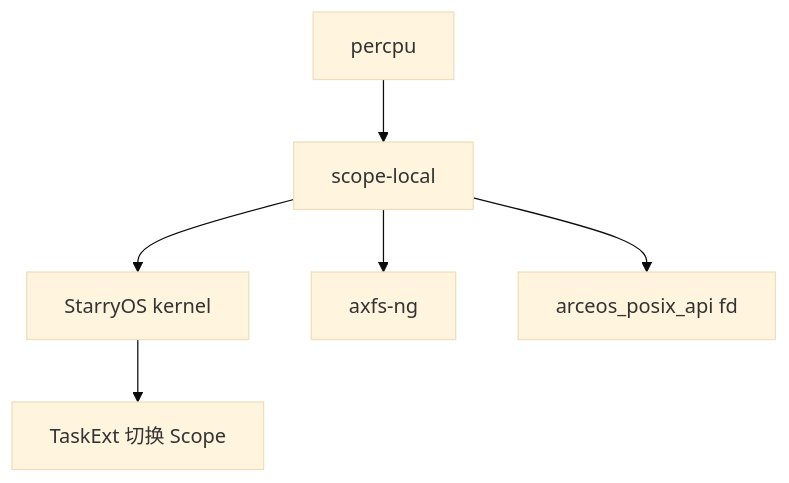
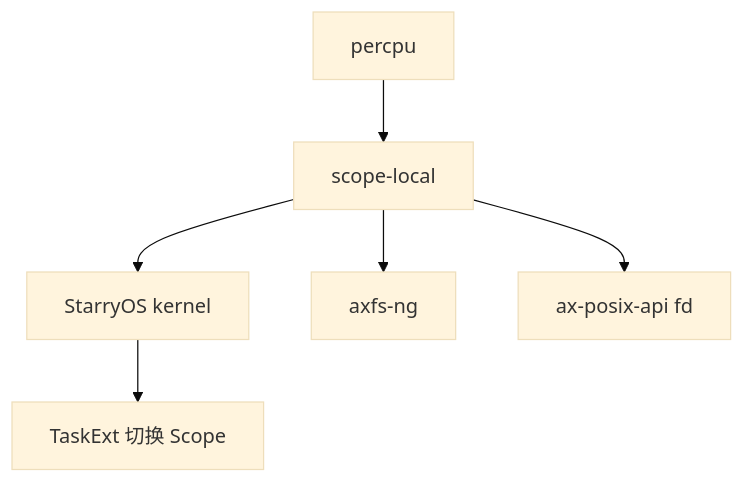
Before and after one commit to zKurisu/tgoskits: the diagram in docs/crates/scope-local.md, drawn with Mermaid (base theme). The commit also changed 39 other files, not shown here.

Commit message:
rename arceos_posix_api to ax-posix-api

````diff
--- a/docs/crates/scope-local.md
+++ b/docs/crates/scope-local.md
@@ -131,9 +131,9 @@
 ```mermaid
 graph TD
     A[scope-local]
     B[percpu] --> A
     A --> C[StarryOS kernel]
     A --> D[axfs-ng]
-    A --> E[arceos_posix_api fd]
+    A --> E[ax-posix-api fd]
     C --> F[TaskExt 切换 Scope]
 ```
````
